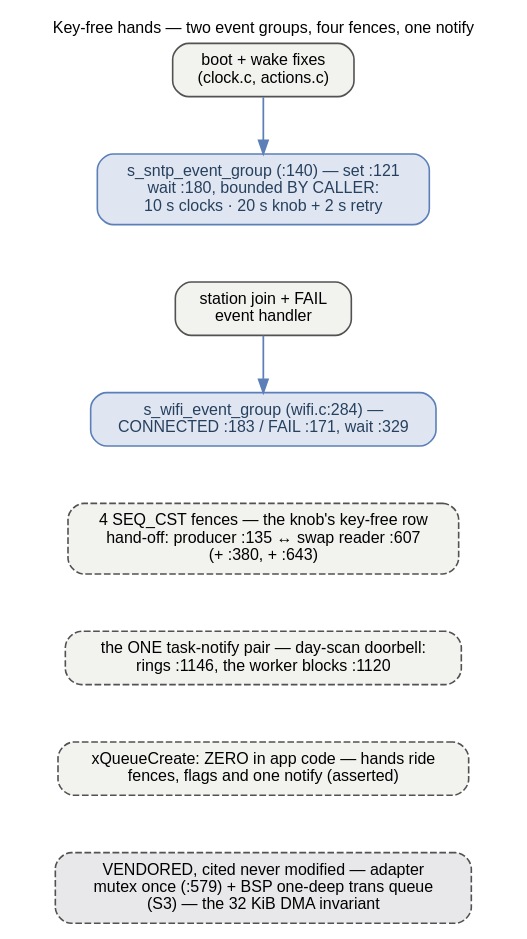
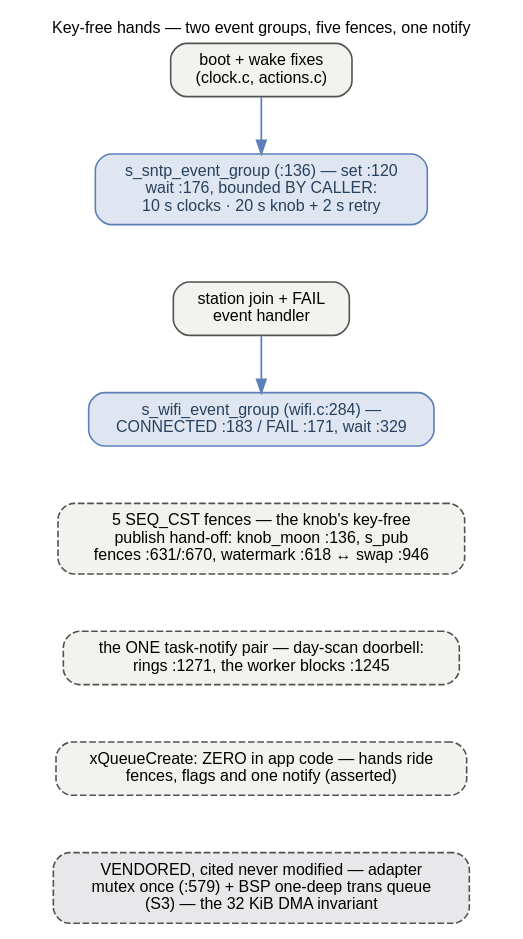
Before and after one commit to ukos-git/moon-clock-esp: the diagram in docs/_graphs/guards-flags.dot, drawn with Graphviz. The commit also changed 29 other files, not shown here.

```diff
--- a/docs/_graphs/guards-flags.dot
+++ b/docs/_graphs/guards-flags.dot
@@ -1,58 +1,59 @@
 // THE KEY-FREE BAND opened: the hands-offs the app runs without any
-// key. s_sntp_event_group (clock_sntp.c:140) sets SNTP_SYNC_BIT :121
-// and waits :180 bounded BY CALLER — the clocks' boot fix and wake fix
+// key. s_sntp_event_group (clock_sntp.c:136) sets SNTP_SYNC_BIT :120
+// and waits :176 bounded BY CALLER — the clocks' boot fix and wake fix
 // both pass CONFIG_CLOCK_NTP_TIMEOUT_MS 10000 (clock.c + actions.c),
 // the knob's boot fix 20000 with a 2 s retry (main.c). s_wifi_event_group
 // (wifi.c:284) sets CONNECTED :183 / FAIL :171 and waits :329 for 8 s
-// (WIFI_CONNECTION_TIMEOUT_MS). The FOUR SEQ_CST fences are the knob's
-// row hand-off without any key: the producer's knob_moon.c:135 pairs
-// with the swap reader's knob_ui.c:637 ("pair with the producer's row
-// fences"), plus :381 and :673 on the swap side. The app's ONE
+// (WIFI_CONNECTION_TIMEOUT_MS). The FIVE SEQ_CST fences are the knob's
+// key-free publish hand-off: the producer's knob_moon.c:136 (row fence)
+// and the s_pub fences knob_ui.c:631 (bake publish) / :670 (disc publish)
+// pair with the swap reader's knob_ui.c:946 ("pair with the producer's
+// publish fence"), plus the watermark owner-clear fence :618. The app's ONE
 // task-notify pair is the day-scan doorbell: moon_event_classify_here
-// rings xTaskNotifyGive(s_event_task) at moon_ui.c:1196 and
+// rings xTaskNotifyGive(s_event_task) at moon_ui.c:1271 and
 // moon_event_task blocks on ulTaskNotifyTake(pdTRUE, portMAX_DELAY) at
-// :1170. xQueueCreate fires ZERO times in app code (the vendored BSP's
+// :1245. xQueueCreate fires ZERO times in app code (the vendored BSP's
 // trans queue is cited, never ours: CONFIG_BSP_LCD_TRANS_QUEUE_DEPTH =
 // 1, S3 header, used at the BSP's :412 — the 32 KiB SPI DMA
 // invariant). The adapter's LVGL mutex is VENDORED — the app takes it
 // EXACTLY once, main.cpp:579 bsp_display_lock(-1). The guards in black
 // boxes is docs/_graphs/guards.dot (this page); the clocks' keys are
 // docs/_graphs/guards-keys.dot; the knob's is docs/_graphs/guards-knob.dot.
 // FONTS: 12 pt = the page's 16 px body text at 1:1 — kept inside the
 // content column.
 // Rendered inline as SVG by sphinx.ext.graphviz (dot on PATH).
 digraph guards_flags {
     rankdir=TB;
-    label="Key-free hands — two event groups, four fences, one notify";
+    label="Key-free hands — two event groups, five fences, one notify";
     labelloc="t"; labeljust="c";
     fontname="Helvetica"; fontsize=12;
     graph [nodesep=0.5, ranksep=0.6];
     node [fontname="Helvetica", fontsize=12, shape=box, style="rounded,filled",
           width=0, height=0, margin="0.16,0.10", fillcolor="#f2f2ef",
           color="#525252", penwidth=1.2];
     edge [fontname="Helvetica", fontsize=12, color="#5c7fb8", penwidth=1.3, fontcolor="#27405e"];
 
     bootfix [label="boot + wake fixes\n(clock.c, actions.c)"];
     join [label="station join + FAIL\nevent handler"];
-    sntp [label="s_sntp_event_group (:140) — set :121\nwait :180, bounded BY CALLER:\n10 s clocks · 20 s knob + 2 s retry",
+    sntp [label="s_sntp_event_group (:136) — set :120\nwait :176, bounded BY CALLER:\n10 s clocks · 20 s knob + 2 s retry",
           fillcolor="#dfe6f1", color="#5c7fb8", fontcolor="#27405e"];
     wifig [label="s_wifi_event_group (wifi.c:284) —\nCONNECTED :183 / FAIL :171, wait :329",
            fillcolor="#dfe6f1", color="#5c7fb8", fontcolor="#27405e"];
 
-    fences [label="4 SEQ_CST fences — the knob's key-free row\nhand-off: producer :135 ↔ swap reader :607\n(+ :380, + :643)",
+    fences [label="5 SEQ_CST fences — the knob's key-free\npublish hand-off: knob_moon :136, s_pub\nfences :631/:670, watermark :618 ↔ swap :946",
             style="rounded,filled,dashed"];
-    notify [label="the ONE task-notify pair — day-scan doorbell:\nrings :1146, the worker blocks :1120",
+    notify [label="the ONE task-notify pair — day-scan doorbell:\nrings :1271, the worker blocks :1245",
             style="rounded,filled,dashed"];
     zeroq [label="xQueueCreate: ZERO in app code — hands ride\nfences, flags and one notify (asserted)",
             style="rounded,filled,dashed"];
     vendored [label="VENDORED, cited never modified — adapter\nmutex once (:579) + BSP one-deep trans queue\n(S3) — the 32 KiB DMA invariant",
               style="rounded,filled,dashed", fillcolor="#e8e8ea"];
 
     bootfix -> sntp;
     join -> wifig;
     sntp -> join [style=invis];
     wifig -> fences [style=invis];
     fences -> notify [style=invis];
     notify -> zeroq [style=invis];
     zeroq -> vendored [style=invis];
 }
```
